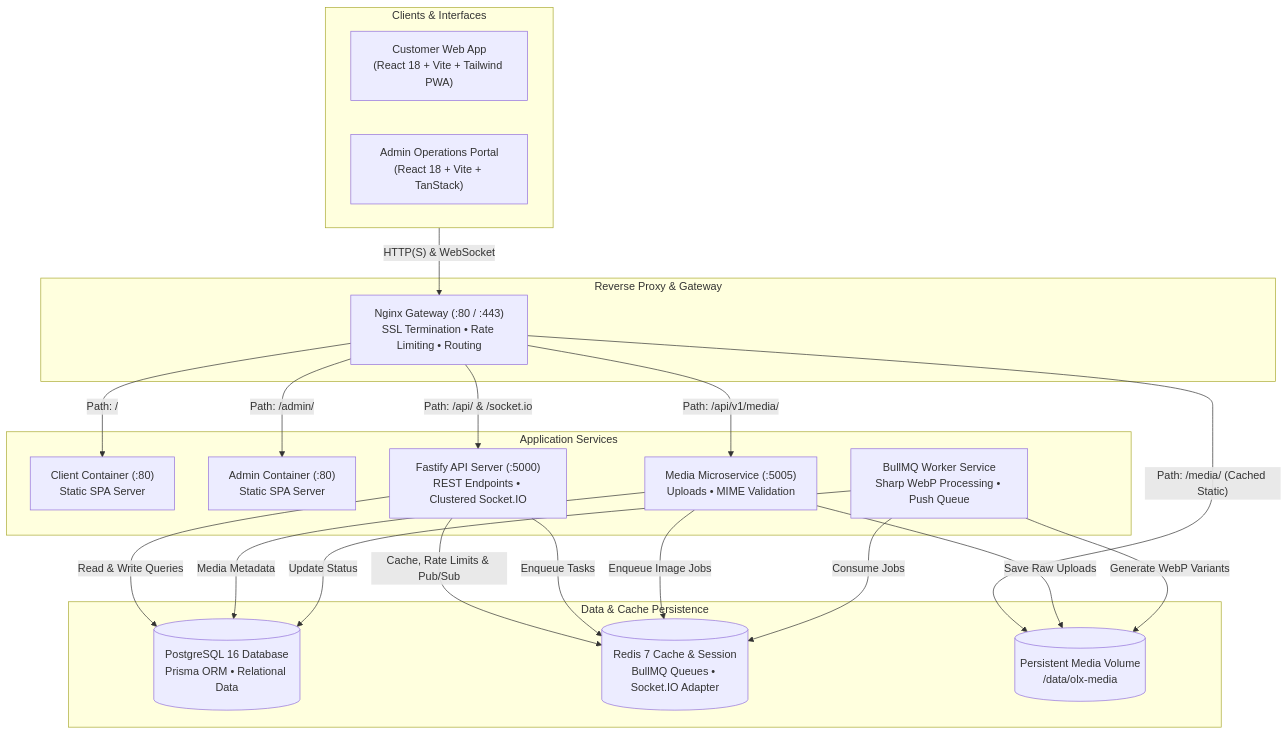
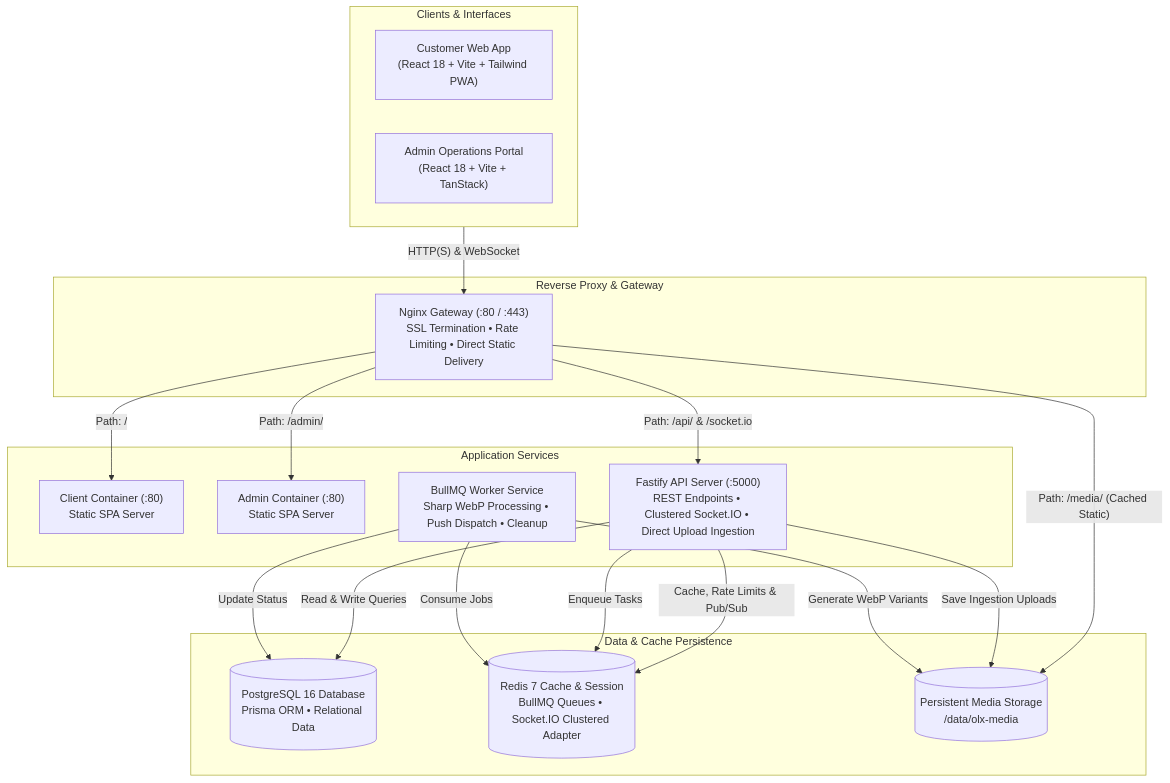
Before and after one commit to bnintelhub/olx: the first of 7 diagrams in README.md, drawn with Mermaid. The commit also changed other lines of this file and 69 other files, not shown here.

````diff
--- a/README.md
+++ b/README.md
@@ -93,45 +97,40 @@
 ```mermaid
 flowchart TD
     subgraph Clients["Clients & Interfaces"]
         ClientWeb["Customer Web App<br/>(React 18 + Vite + Tailwind PWA)"]
         AdminWeb["Admin Operations Portal<br/>(React 18 + Vite + TanStack)"]
     end
 
     subgraph Edge["Reverse Proxy & Gateway"]
-        NginxGateway["Nginx Gateway (:80 / :443)<br/>SSL Termination • Rate Limiting • Routing"]
+        NginxGateway["Nginx Gateway (:80 / :443)<br/>SSL Termination • Rate Limiting • Direct Static Delivery"]
     end
 
     subgraph Services["Application Services"]
         ClientContainer["Client Container (:80)<br/>Static SPA Server"]
         AdminContainer["Admin Container (:80)<br/>Static SPA Server"]
-        APIServer["Fastify API Server (:5000)<br/>REST Endpoints • Clustered Socket.IO"]
-        MediaService["Media Microservice (:5005)<br/>Uploads • MIME Validation"]
-        WorkerService["BullMQ Worker Service<br/>Sharp WebP Processing • Push Queue"]
+        APIServer["Fastify API Server (:5000)<br/>REST Endpoints • Clustered Socket.IO • Direct Upload Ingestion"]
+        WorkerService["BullMQ Worker Service<br/>Sharp WebP Processing • Push Dispatch • Cleanup"]
     end
 
     subgraph StorageTier["Data & Cache Persistence"]
         PostgresDB[("PostgreSQL 16 Database<br/>Prisma ORM • Relational Data")]
-        RedisStore[("Redis 7 Cache & Session<br/>BullMQ Queues • Socket.IO Adapter")]
-        MediaVolume[("Persistent Media Volume<br/>/data/olx-media")]
+        RedisStore[("Redis 7 Cache & Session<br/>BullMQ Queues • Socket.IO Clustered Adapter")]
+        MediaVolume[("Persistent Media Storage<br/>/data/olx-media")]
     end
 
     Clients -->|"HTTP(S) & WebSocket"| NginxGateway
 
     NginxGateway -->|"Path: /"| ClientContainer
     NginxGateway -->|"Path: /admin/"| AdminContainer
     NginxGateway -->|"Path: /api/ & /socket.io"| APIServer
     NginxGateway -->|"Path: /media/ (Cached Static)"| MediaVolume
-    NginxGateway -->|"Path: /api/v1/media/"| MediaService
 
     APIServer -->|"Read & Write Queries"| PostgresDB
     APIServer -->|"Cache, Rate Limits & Pub/Sub"| RedisStore
     APIServer -->|"Enqueue Tasks"| RedisStore
-
-    MediaService -->|"Save Raw Uploads"| MediaVolume
-    MediaService -->|"Enqueue Image Jobs"| RedisStore
-    MediaService -->|"Media Metadata"| PostgresDB
+    APIServer -->|"Save Ingestion Uploads"| MediaVolume
 
     WorkerService -->|"Consume Jobs"| RedisStore
     WorkerService -->|"Generate WebP Variants"| MediaVolume
     WorkerService -->|"Update Status"| PostgresDB
 ```
````
